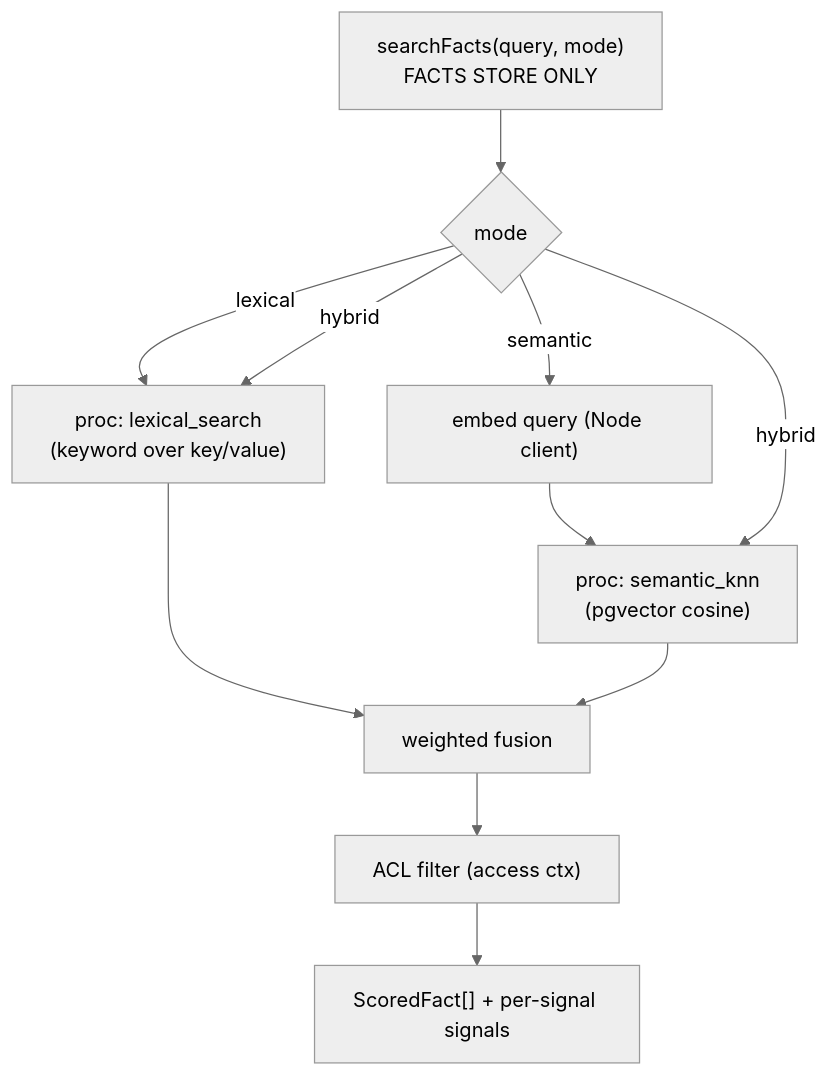
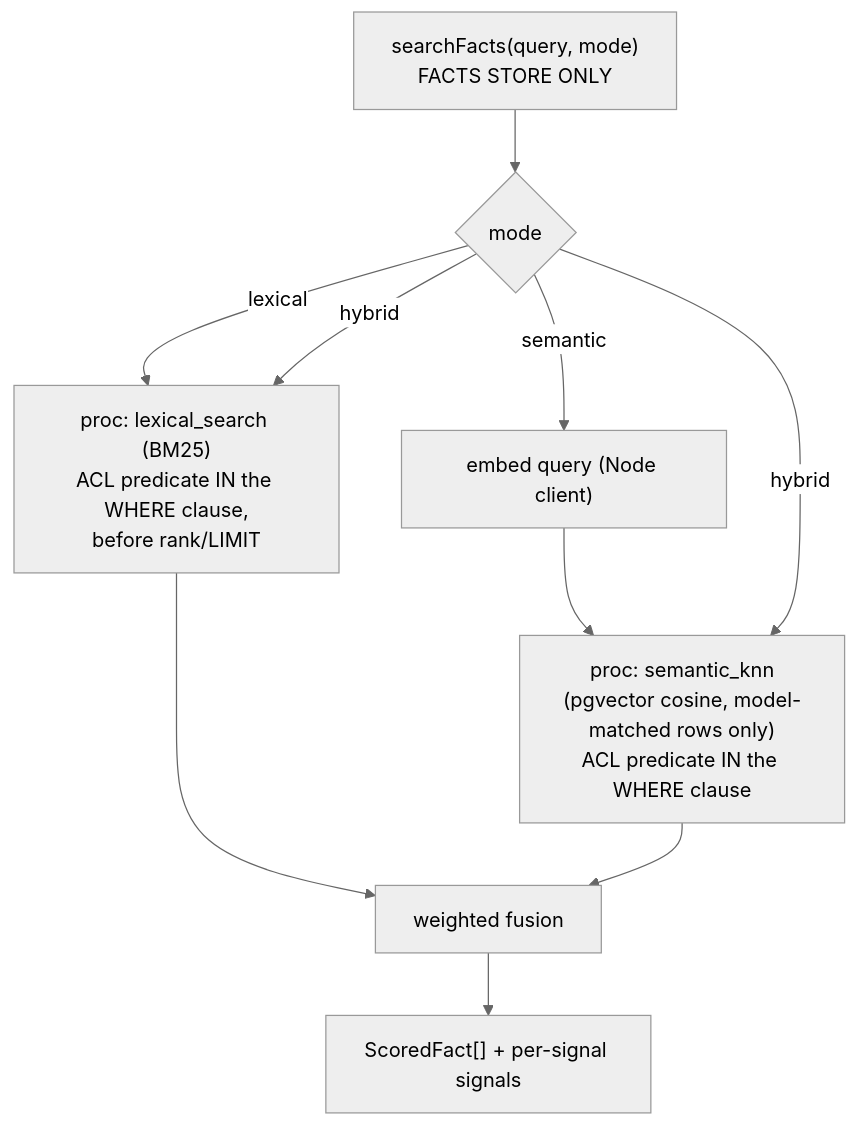
The eighth of 11 diagrams in docs/proposals/enhancedfactstore/03-design.md (affandar/PilotSwarm), drawn with Mermaid (neutral theme) before and after one commit. The commit also changed other lines of this file and 9 other files, not shown here.

````diff
--- a/docs/proposals/enhancedfactstore/03-design.md
+++ b/docs/proposals/enhancedfactstore/03-design.md
@@ -270,10 +334,10 @@
 ```mermaid
 flowchart TB
   Q["searchFacts(query, mode)<br/>FACTS STORE ONLY"] --> MODE{mode}
-  MODE -- lexical --> LEX["proc: lexical_search<br/>(keyword over key/value)"]
-  MODE -- semantic --> EMBQ["embed query (Node client)"] --> SEM["proc: semantic_knn<br/>(pgvector cosine)"]
+  MODE -- lexical --> LEX["proc: lexical_search (BM25)<br/>ACL predicate IN the WHERE clause,<br/>before rank/LIMIT"]
+  MODE -- semantic --> EMBQ["embed query (Node client)"] --> SEM["proc: semantic_knn<br/>(pgvector cosine, model-matched rows only)<br/>ACL predicate IN the WHERE clause"]
   MODE -- hybrid --> LEX & SEM
   LEX --> FUSE["weighted fusion"]
   SEM --> FUSE
-  FUSE --> ACL["ACL filter (access ctx)"] --> R["ScoredFact[] + per-signal signals"]
+  FUSE --> R["ScoredFact[] + per-signal signals"]
 ```
````
